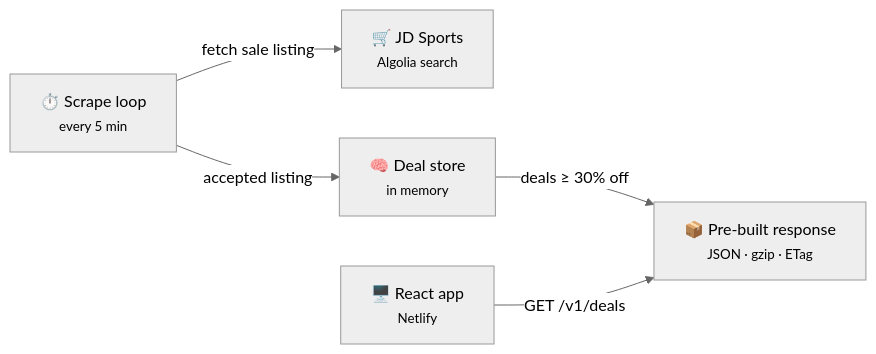
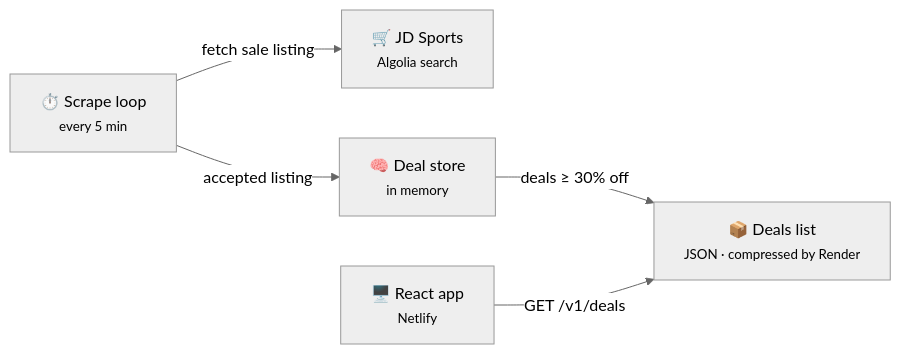
One commit to JahanU/bargain-web-scraper changed the diagram in README.md. Above: the diagram before and after it, drawn with Mermaid (neutral theme). The commit also changed other lines of this file and 7 other files, not shown here.

First line of the commit message:
refactor(backend): drop our own gzip, ETags and pre-built responses

````diff
--- a/README.md
+++ b/README.md
@@ -13,13 +13,13 @@
 ```mermaid
 flowchart LR
     jd["🛒 JD Sports<br/><small>Algolia search</small>"]
     loop["⏱️ Scrape loop<br/><small>every 5 min</small>"]
     store["🧠 Deal store<br/><small>in memory</small>"]
-    response["📦 Pre-built response<br/><small>JSON · gzip · ETag</small>"]
+    response["📦 Deals list<br/><small>JSON · compressed by Render</small>"]
     app["🖥️ React app<br/><small>Netlify</small>"]
 
     loop -- fetch sale listing --> jd
     loop -- accepted listing --> store
     store -- "deals ≥ 30% off" --> response
     app -- "GET /v1/deals" --> response
 ```
````
